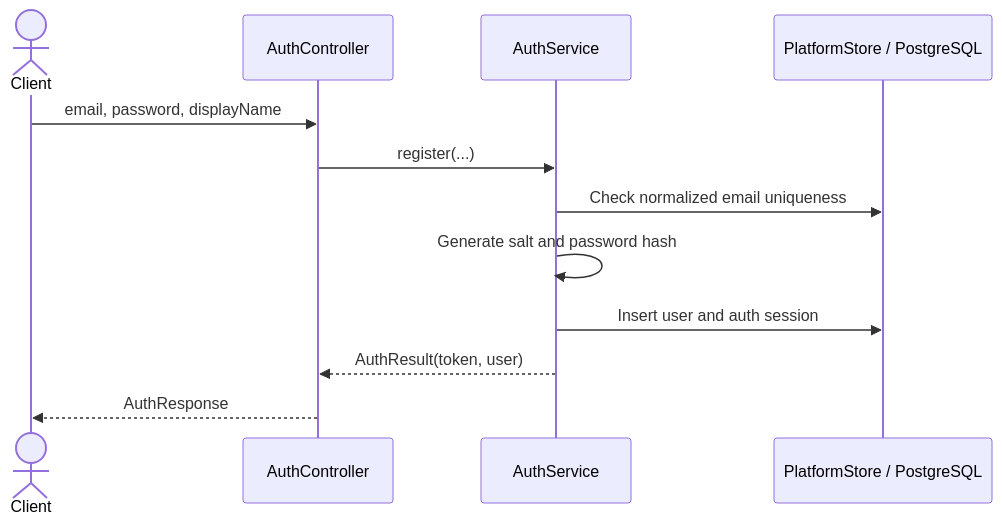
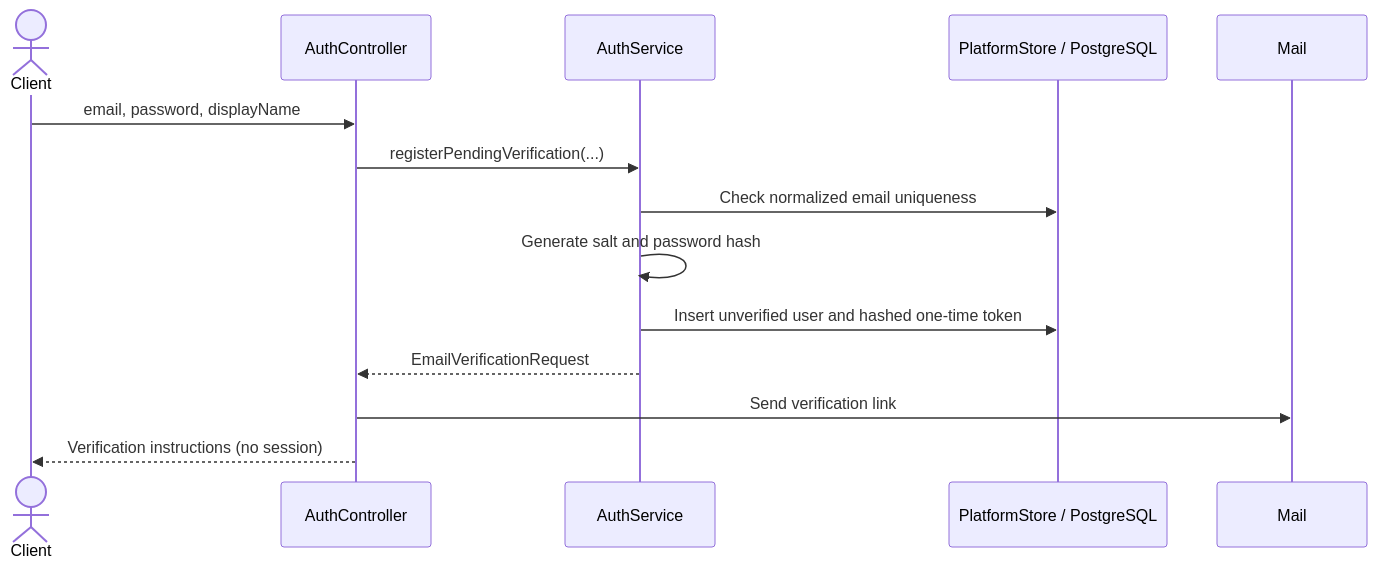
One commit to mehdieidi/modriss changed the first of 15 diagrams in docs/diagrams/09-api-auth-project-sequences.md. Above: the diagram before and after it, drawn with Mermaid. The commit also changed other lines of this file and 20 other files, not shown here.

Commit message:
feat(email): add email verification

````diff
--- a/docs/diagrams/09-api-auth-project-sequences.md
+++ b/docs/diagrams/09-api-auth-project-sequences.md
@@ -7,14 +7,15 @@
 ```mermaid
 sequenceDiagram
     actor Client
     participant C as AuthController
     participant S as AuthService
     participant DB as PlatformStore / PostgreSQL
     Client->>C: email, password, displayName
-    C->>S: register(...)
+    C->>S: registerPendingVerification(...)
     S->>DB: Check normalized email uniqueness
     S->>S: Generate salt and password hash
-    S->>DB: Insert user and auth session
-    S-->>C: AuthResult(token, user)
-    C-->>Client: AuthResponse
+    S->>DB: Insert unverified user and hashed one-time token
+    S-->>C: EmailVerificationRequest
+    C->>Mail: Send verification link
+    C-->>Client: Verification instructions (no session)
 ```
````
